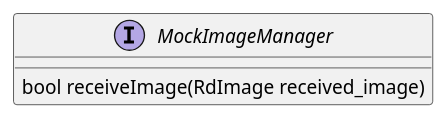
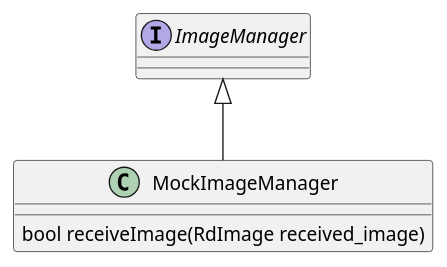
Before and after one commit to asrob-uc3m/robotDevastation-developer-manual: the second of 2 diagrams in en/camera-management/image-manager.md, drawn with PlantUML.

Commit message:
Updates en/camera-management/image-manager.md
Auto commit by GitBook Editor

```diff
--- a/en/camera-management/image-manager.md
+++ b/en/camera-management/image-manager.md
@@ -39,5 +39,8 @@
 {% plantuml %}
-interface MockImageManager {
+class MockImageManager {
 bool receiveImage(RdImage received_image)
 }
+
+interface ImageManager
+ImageManager <|-- MockImageManager
 {% endplantuml %}
```
